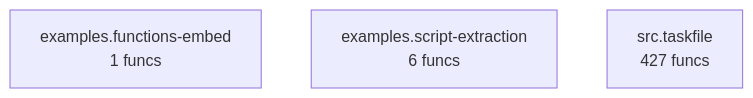
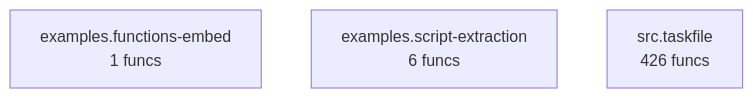
The diagram in project/compact_flow.mmd (pyfunc/taskfile), drawn with Mermaid before and after one commit. The commit also changed 30 other files, not shown here.

```diff
--- a/project/compact_flow.mmd
+++ b/project/compact_flow.mmd
@@ -1,4 +1,4 @@
 flowchart TD
     examples_functions_embed["examples.functions-embed<br/>1 funcs"]
     examples_script_extraction["examples.script-extraction<br/>6 funcs"]
-    src_taskfile["src.taskfile<br/>427 funcs"]
+    src_taskfile["src.taskfile<br/>426 funcs"]
```
